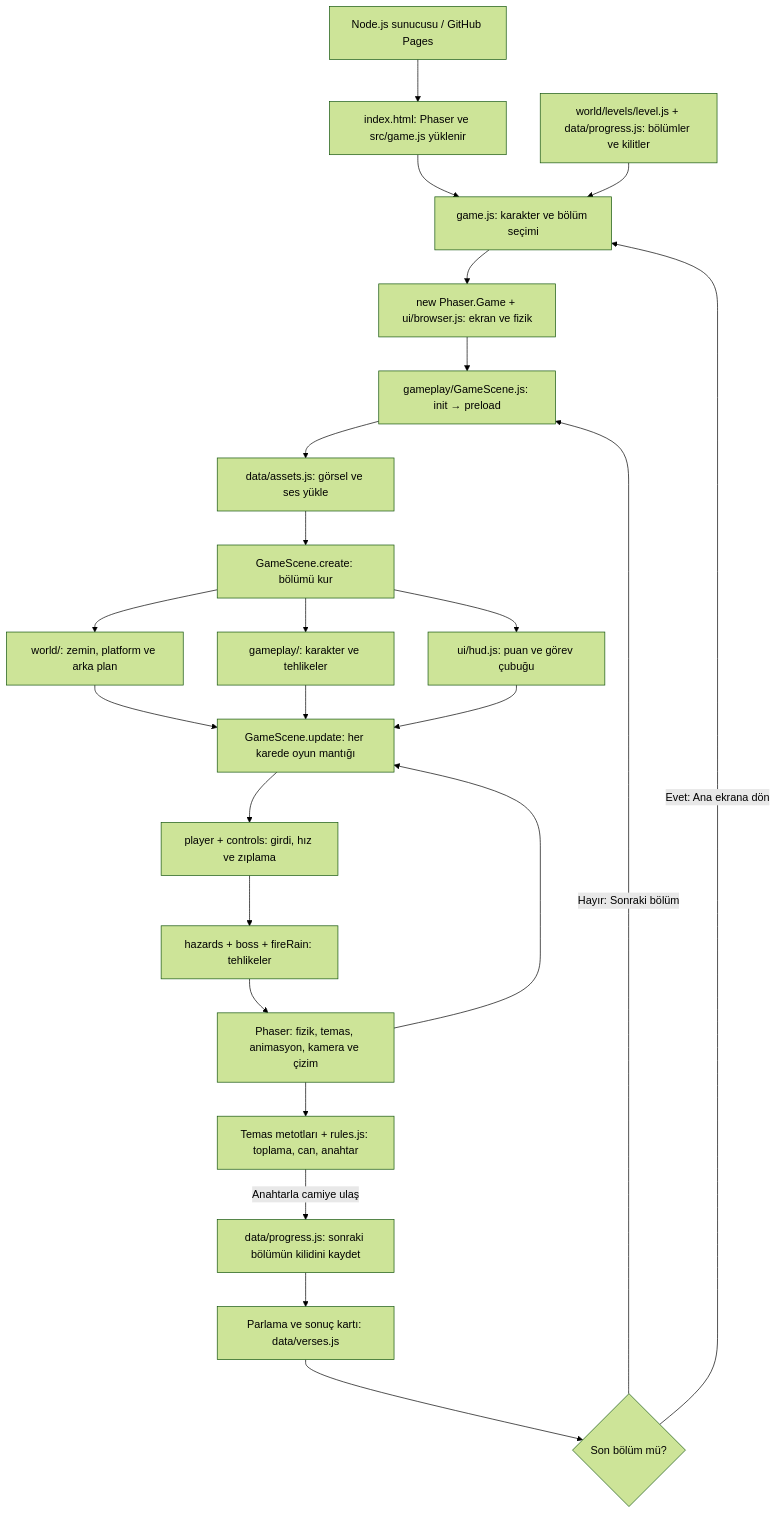
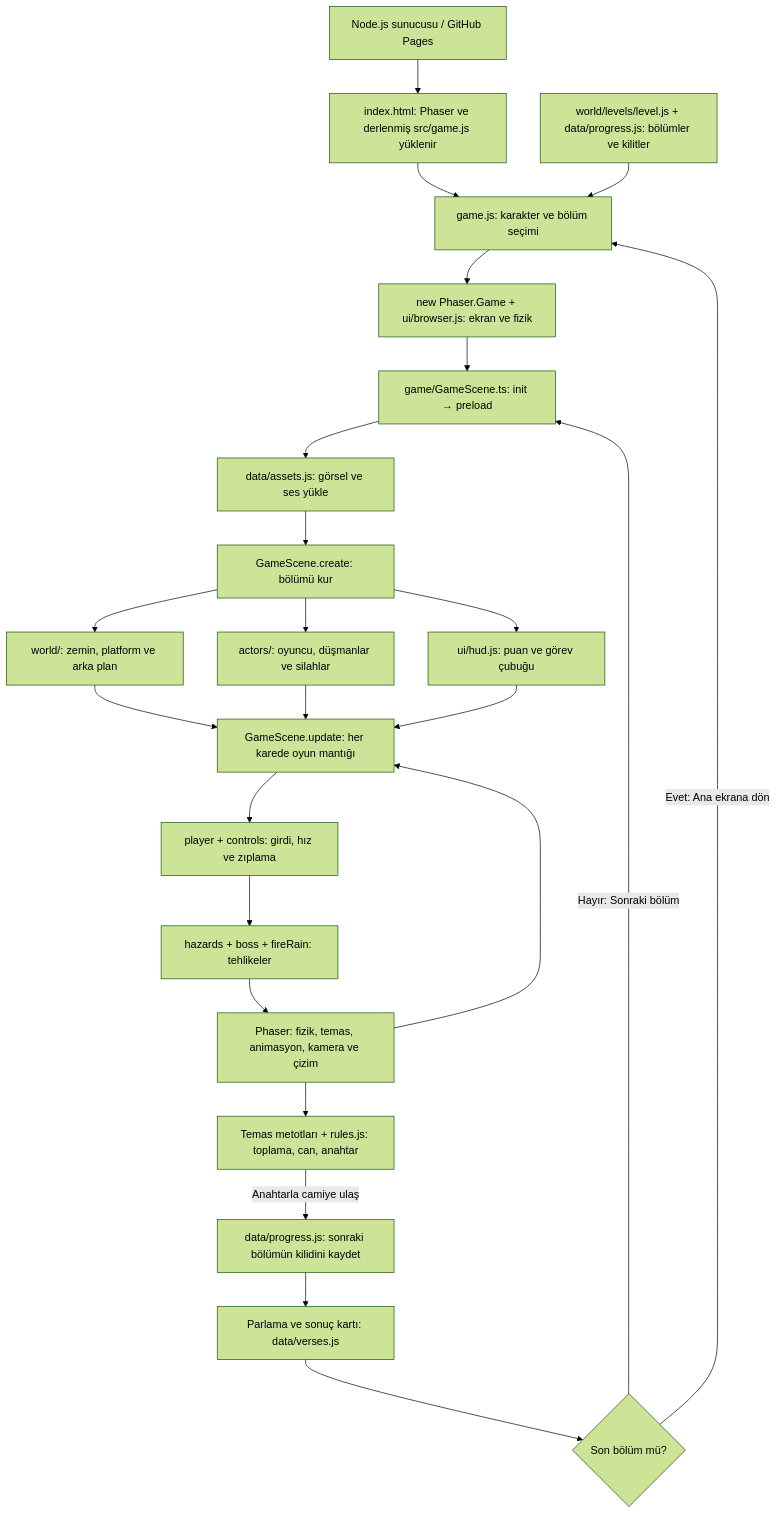
The diagram in README.md (talhasavash/PhaserGameProject), drawn with Mermaid (forest theme) before and after one commit. The commit also changed other lines of this file and 145 other files, not shown here.

````diff
--- a/README.md
+++ b/README.md
@@ -161,26 +187,26 @@
 ```mermaid
 flowchart TD
-    A["Node.js sunucusu / GitHub Pages"] --> B["index.html: Phaser ve src/game.js yüklenir"]
+    A["Node.js sunucusu / GitHub Pages"] --> B["index.html: Phaser ve derlenmiş src/game.js yüklenir"]
     B --> C["game.js: karakter ve bölüm seçimi"]
     D["world/levels/level.js + data/progress.js: bölümler ve kilitler"] --> C
     C --> E["new Phaser.Game + ui/browser.js: ekran ve fizik"]
-    E --> F["gameplay/GameScene.js: init → preload"]
+    E --> F["game/GameScene.ts: init → preload"]
     F --> G["data/assets.js: görsel ve ses yükle"]
     G --> H["GameScene.create: bölümü kur"]
     H --> I["world/: zemin, platform ve arka plan"]
-    H --> J["gameplay/: karakter ve tehlikeler"]
+    H --> J["actors/: oyuncu, düşmanlar ve silahlar"]
     H --> K["ui/hud.js: puan ve görev çubuğu"]
     I --> L["GameScene.update: her karede oyun mantığı"]
     J --> L
     K --> L
     L --> M["player + controls: girdi, hız ve zıplama"]
     M --> N["hazards + boss + fireRain: tehlikeler"]
     N --> O["Phaser: fizik, temas, animasyon, kamera ve çizim"]
     O --> L
     O --> P["Temas metotları + rules.js: toplama, can, anahtar"]
     P -->|"Anahtarla camiye ulaş"| Q["data/progress.js: sonraki bölümün kilidini kaydet"]
     Q --> R["Parlama ve sonuç kartı: data/verses.js"]
     R --> S{"Son bölüm mü?"}
     S -->|"Hayır: Sonraki bölüm"| F
     S -->|"Evet: Ana ekrana dön"| C
 ```
````
